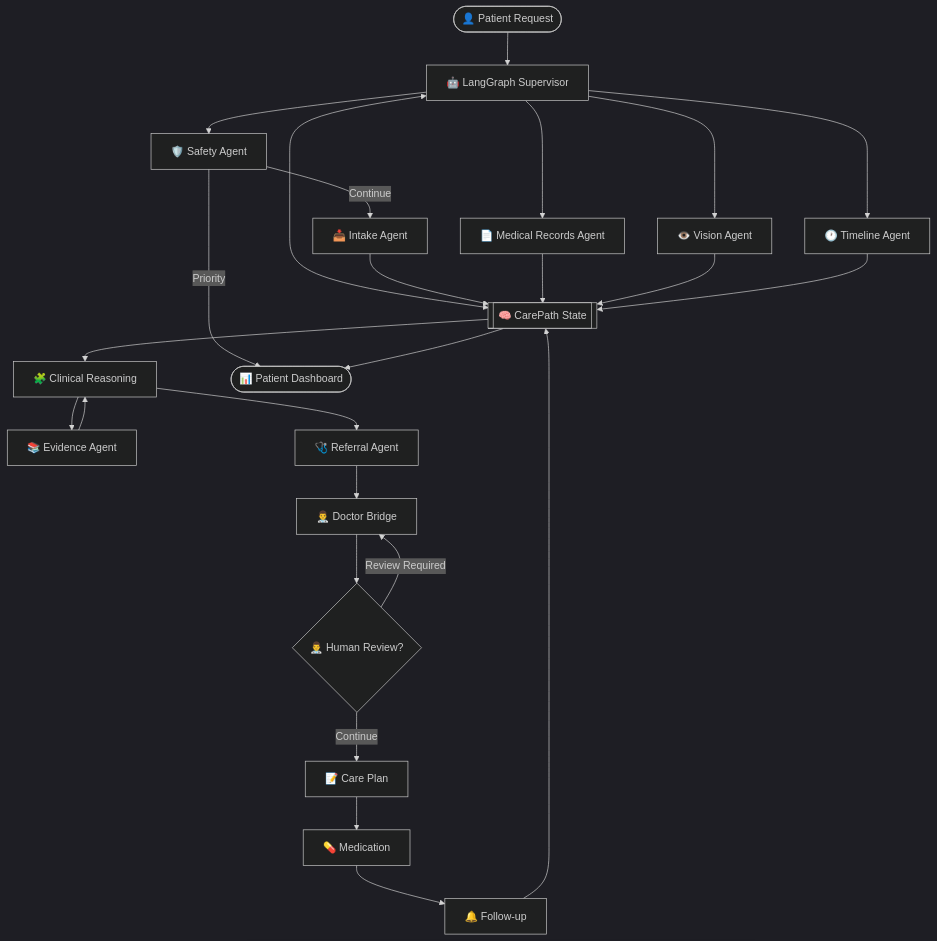
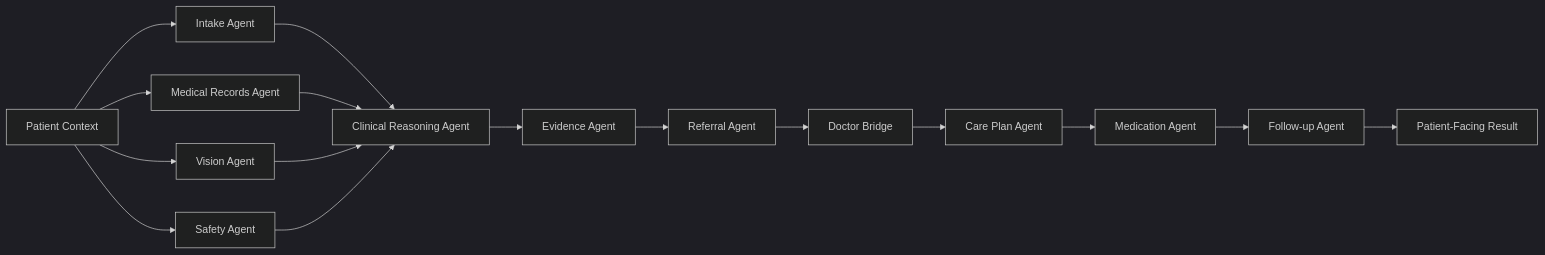
Before and after one commit to IlIGODIlI/CarePath-AI: the third of 16 diagrams in README.md, drawn with Mermaid (dark theme). The commit also changed other lines of this file, not shown here.

````diff
--- a/README.md
+++ b/README.md
@@ -178,71 +264,34 @@
 ```mermaid
-flowchart TD
+flowchart LR
+    INPUT["Patient Context"]
+    INTAKE["Intake Agent"]
+    RECORDS["Medical Records Agent"]
+    VISION["Vision Agent"]
+    REASONING["Clinical Reasoning Agent"]
+    EVIDENCE["Evidence Agent"]
+    SAFETY["Safety Agent"]
+    REFERRAL["Referral Agent"]
+    DOCTOR["Doctor Bridge"]
+    CARE["Care Plan Agent"]
+    MEDICATION["Medication Agent"]
+    FOLLOWUP["Follow-up Agent"]
+    RESULT["Patient-Facing Result"]
 
-    INPUT(["👤 Patient Request"])
+    INPUT --> INTAKE
+    INPUT --> RECORDS
+    INPUT --> VISION
+    INPUT --> SAFETY
 
-    SUP["🤖 LangGraph Supervisor"]
+    INTAKE --> REASONING
+    RECORDS --> REASONING
+    VISION --> REASONING
+    SAFETY --> REASONING
 
-    STATE[["🧠 CarePath State"]]
-
-    SAFETY["🛡️ Safety Agent"]
-
-    INTAKE["📥 Intake Agent"]
-    RECORDS["📄 Medical Records Agent"]
-    VISION["👁️ Vision Agent"]
-    TIMELINE["🕐 Timeline Agent"]
-
-    REASONING["🧩 Clinical Reasoning"]
-
-    EVIDENCE["📚 Evidence Agent"]
-
-    REFERRAL["🩺 Referral Agent"]
-
-    DOCTOR["👨‍⚕️ Doctor Bridge"]
-
-    REVIEW{"👨‍⚕️ Human Review?"}
-
-    CARE["📝 Care Plan"]
-
-    MED["💊 Medication"]
-
-    FOLLOW["🔔 Follow-up"]
-
-    OUTPUT(["📊 Patient Dashboard"])
-
-    INPUT --> SUP
-    SUP <--> STATE
-
-    SUP --> SAFETY
-
-    SAFETY -->|Continue| INTAKE
-    SAFETY -->|Priority| OUTPUT
-
-    SUP --> RECORDS
-    SUP --> VISION
-    SUP --> TIMELINE
-
-    INTAKE --> STATE
-    RECORDS --> STATE
-    VISION --> STATE
-    TIMELINE --> STATE
-
-    STATE --> REASONING
     REASONING --> EVIDENCE
-    EVIDENCE --> REASONING
-
-    REASONING --> REFERRAL
+    EVIDENCE --> REFERRAL
     REFERRAL --> DOCTOR
-
-    DOCTOR --> REVIEW
-
-    REVIEW -->|Review Required| DOCTOR
-    REVIEW -->|Continue| CARE
-
-    CARE --> MED
-    MED --> FOLLOW
-
-    FOLLOW --> STATE
-
-    STATE --> OUTPUT
-
+    DOCTOR --> CARE
+    CARE --> MEDICATION
+    MEDICATION --> FOLLOWUP
+    FOLLOWUP --> RESULT
 ```
````
